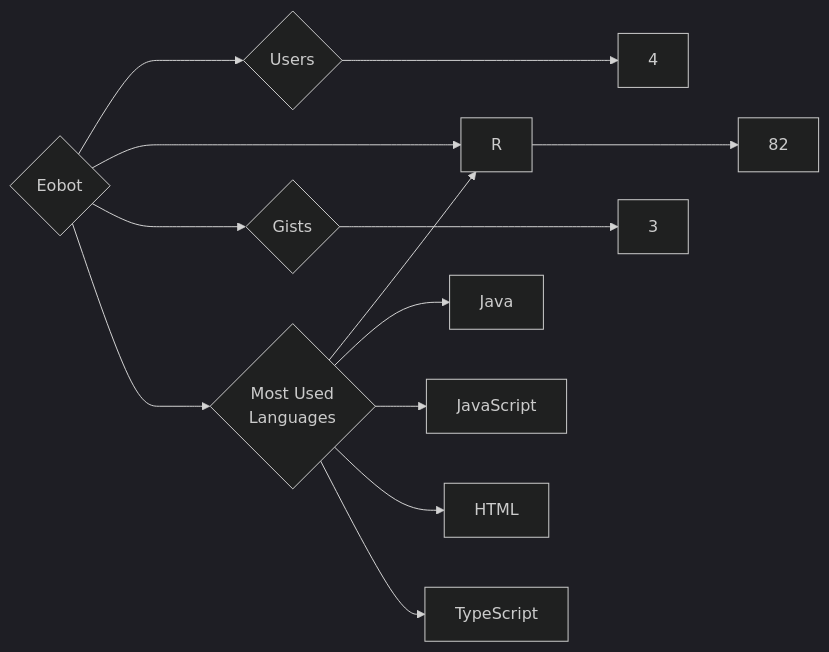
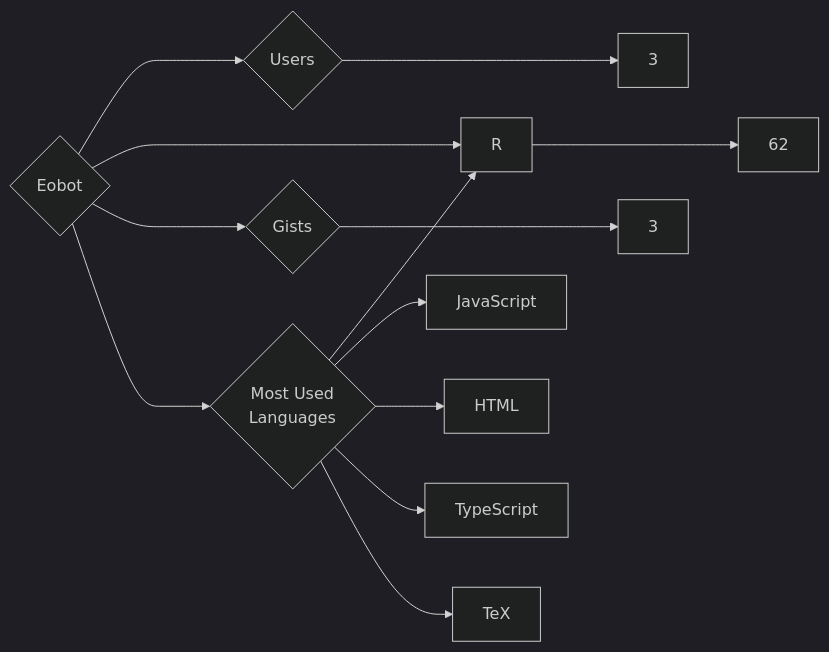
One commit to trickest/insiders changed the diagram in targets/Eobot/README.md. Above: the diagram before and after it, drawn with Mermaid (dark theme). The commit also changed 1238 other files, not shown here.

````diff
--- a/targets/Eobot/README.md
+++ b/targets/Eobot/README.md
@@ -3,13 +3,13 @@
 ```mermaid
 graph LR
 COMPANY_NAME{Eobot}
-COMPANY_NAME ---> U{Users} ---> UN[4]
-COMPANY_NAME ---> R{Repositories} ---> RN[82]
+COMPANY_NAME ---> U{Users} ---> UN[3]
+COMPANY_NAME ---> R{Repositories} ---> RN[62]
 COMPANY_NAME ---> G{Gists} ---> GN[3]
 COMPANY_NAME ---> ML{Most Used<br>Languages}
 ML --> R[R]
-ML --> Java[Java]
 ML --> JavaScript[JavaScript]
 ML --> HTML[HTML]
 ML --> TypeScript[TypeScript]
+ML --> TeX[TeX]
 ```
````
